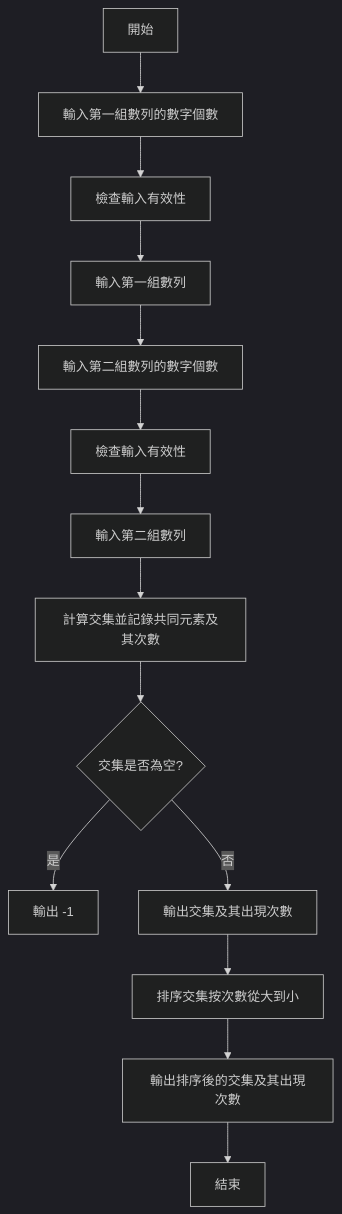
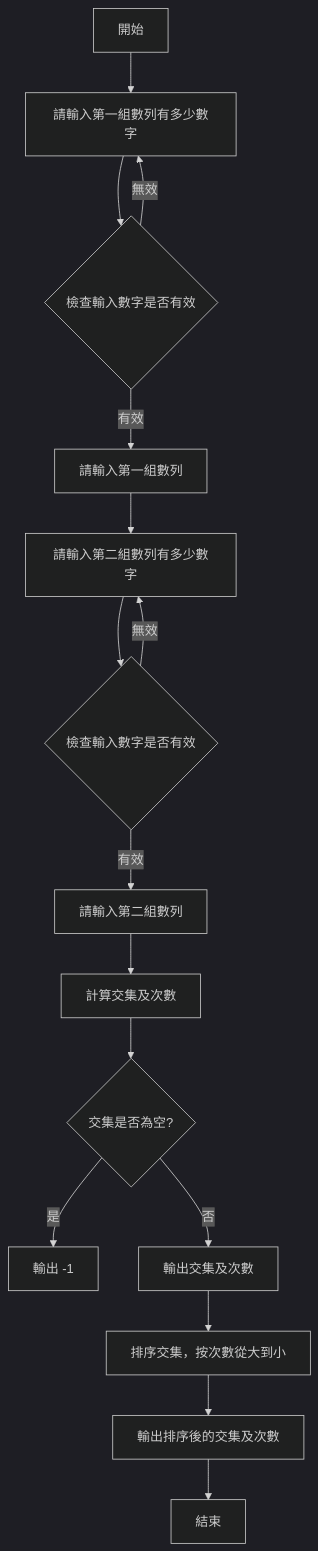
One commit to EricYang801/C-course_assignment changed the diagram in Assignment3/README.md. Above: the diagram before and after it, drawn with Mermaid (dark theme).

````diff
--- a/Assignment3/README.md
+++ b/Assignment3/README.md
@@ -14,16 +14,21 @@
 ```mermaid
 flowchart TD
-    A[開始] --> B[輸入第一組數列的數字個數]
-    B --> C[檢查輸入有效性]
-    C --> D[輸入第一組數列]
-    D --> E[輸入第二組數列的數字個數]
-    E --> F[檢查輸入有效性]
-    F --> G[輸入第二組數列]
-    G --> H[計算交集並記錄共同元素及其次數]
+    A[開始] --> B[請輸入第一組數列有多少數字]
+    B --> C{檢查輸入數字是否有效}
+    C -->|有效| D[請輸入第一組數列]
+    C -->|無效| B
+
+    D --> E[請輸入第二組數列有多少數字]
+    E --> F{檢查輸入數字是否有效}
+    F -->|有效| G[請輸入第二組數列]
+    F -->|無效| E
+
+    G --> H[計算交集及次數]
     H --> I{交集是否為空?}
     I -->|是| J[輸出 -1]
-    I -->|否| K[輸出交集及其出現次數]
-    K --> L[排序交集按次數從大到小]
-    L --> M[輸出排序後的交集及其出現次數]
+    I -->|否| K[輸出交集及次數]
+
+    K --> L[排序交集，按次數從大到小]
+    L --> M[輸出排序後的交集及次數]
     M --> N[結束]
 ```
````
